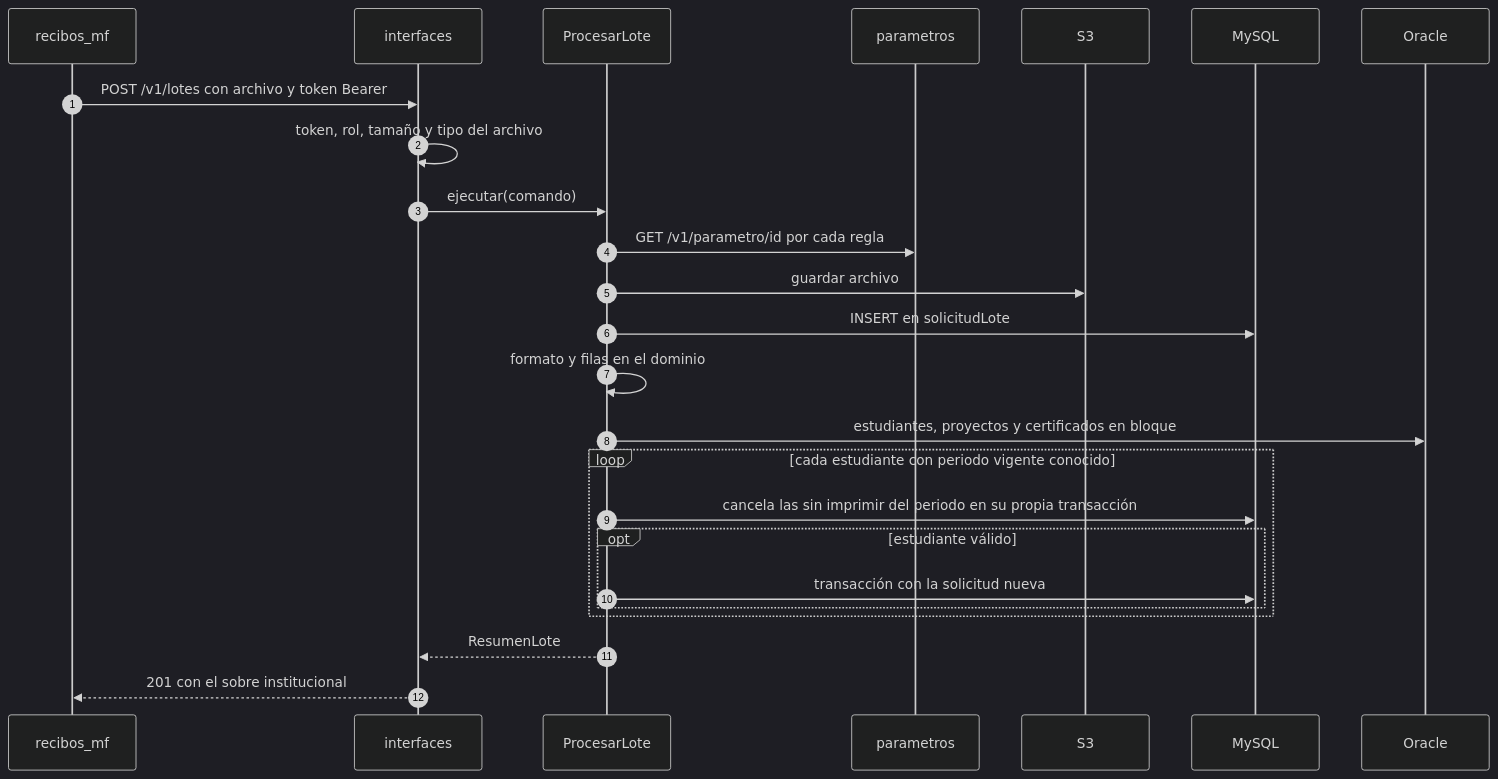
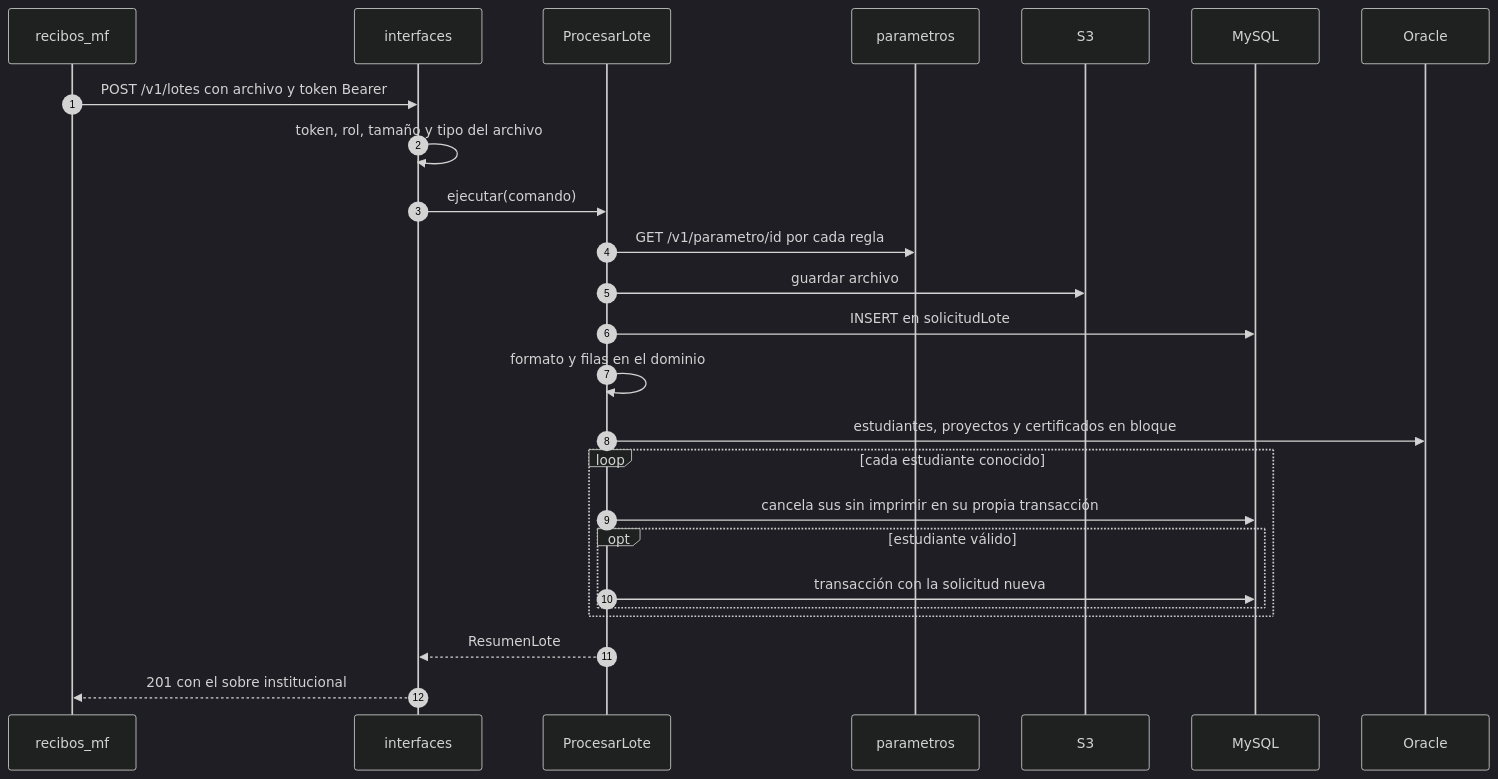
The second of 2 diagrams in aidlc-docs/inception/application-design/component-dependency.md (braianestiven/recibos), drawn with Mermaid (dark theme) before and after one commit. The commit also changed 21 other files, not shown here.

````diff
--- a/aidlc-docs/inception/application-design/component-dependency.md
+++ b/aidlc-docs/inception/application-design/component-dependency.md
@@ -37,27 +37,27 @@
 ```mermaid
 sequenceDiagram
     autonumber
     participant MF as recibos_mf
     participant API as interfaces
     participant UC as ProcesarLote
     participant PRM as parametros
     participant S3 as S3
     participant MY as MySQL
     participant ORA as Oracle
     MF->>API: POST /v1/lotes con archivo y token Bearer
     API->>API: token, rol, tamaño y tipo del archivo
     API->>UC: ejecutar(comando)
     UC->>PRM: GET /v1/parametro/id por cada regla
     UC->>S3: guardar archivo
     UC->>MY: INSERT en solicitudLote
     UC->>UC: formato y filas en el dominio
     UC->>ORA: estudiantes, proyectos y certificados en bloque
-    loop cada estudiante con periodo vigente conocido
-        UC->>MY: cancela las sin imprimir del periodo en su propia transacción
+    loop cada estudiante conocido
+        UC->>MY: cancela sus sin imprimir en su propia transacción
         opt estudiante válido
             UC->>MY: transacción con la solicitud nueva
         end
     end
     UC-->>API: ResumenLote
     API-->>MF: 201 con el sobre institucional
 ```
````
